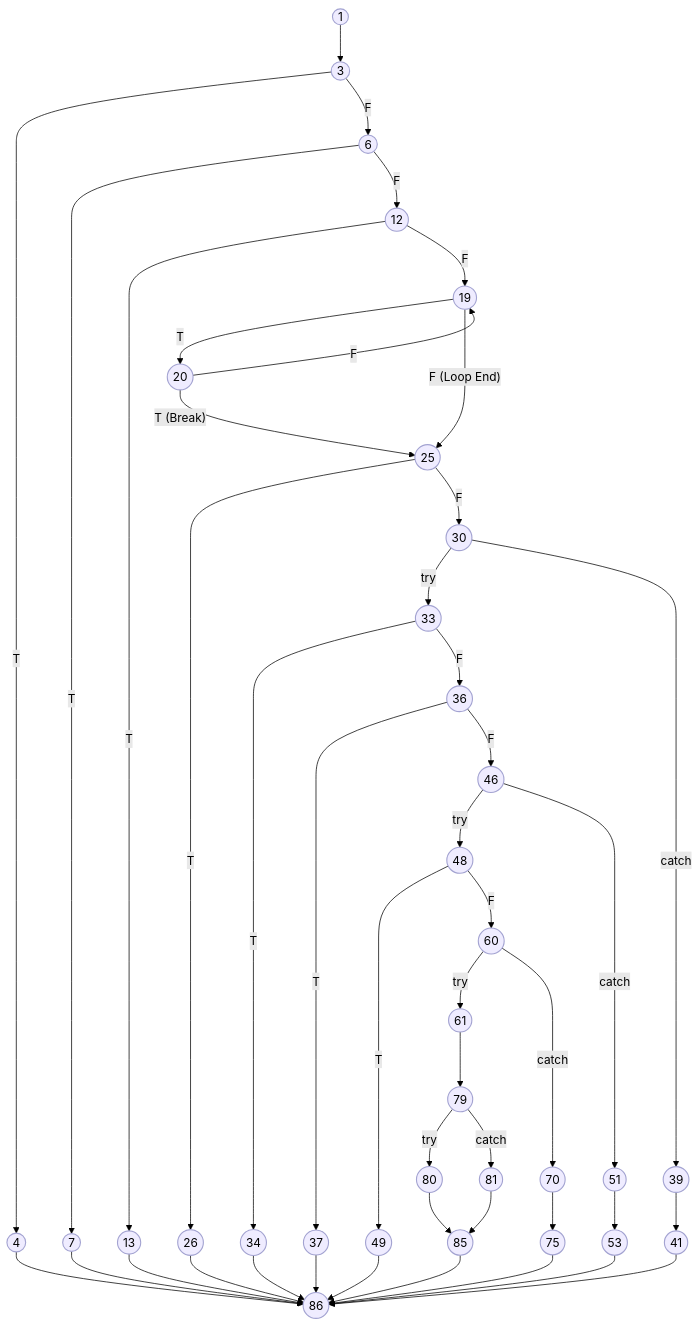
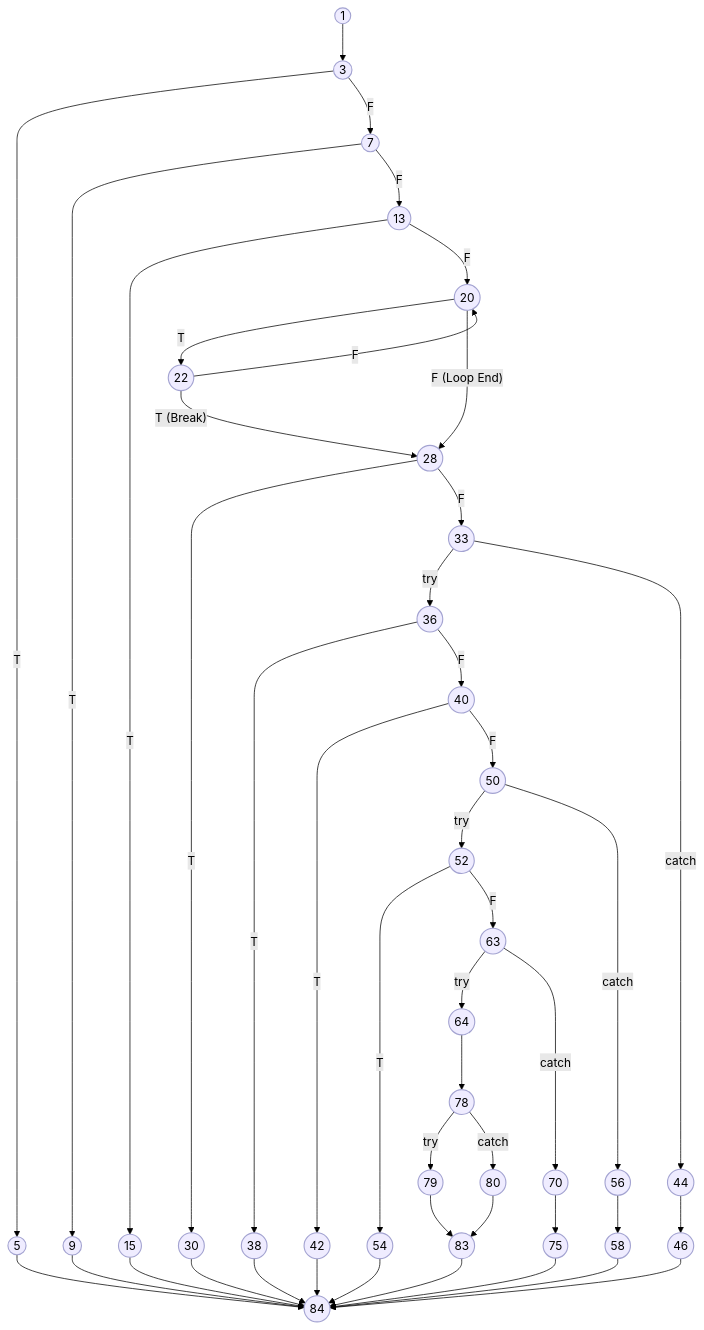
One commit to aryanhrc3428/Semester-5 changed the diagram in SE/ideathon/pseudocode/flowcharts/UC-05.mmd. Above: the diagram before and after it, drawn with Mermaid (forest theme). The commit also changed 48 other files, not shown here.

```diff
--- a/SE/ideathon/pseudocode/flowcharts/UC-05.mmd
+++ b/SE/ideathon/pseudocode/flowcharts/UC-05.mmd
@@ -1,68 +1,68 @@
 graph TD
     %% Base styling matching the reference CFG style
     classDef default fill:#efecff,stroke:#a3a3d1,stroke-width:1.5px,color:#000;
     
     1((1)) --> 3((3))
     
-    3 -- T --> 4((4))
-    3 -- F --> 6((6))
+    3 -- T --> 5((5))
+    3 -- F --> 7((7))
     
-    6 -- T --> 7((7))
-    6 -- F --> 12((12))
+    7 -- T --> 9((9))
+    7 -- F --> 13((13))
     
-    12 -- T --> 13((13))
-    12 -- F --> 19((19))
+    13 -- T --> 15((15))
+    13 -- F --> 20((20))
     
-    19 -- T --> 20((20))
-    19 -- F (Loop End) --> 25((25))
+    20 -- T --> 22((22))
+    20 -- F (Loop End) --> 28((28))
     
-    20 -- T (Break) --> 25
-    20 -- F --> 19
+    22 -- T (Break) --> 28
+    22 -- F --> 20
     
-    25 -- T --> 26((26))
-    25 -- F --> 30((30))
+    28 -- T --> 30((30))
+    28 -- F --> 33((33))
     
-    30 -- try --> 33((33))
-    30 -- catch --> 39((39))
+    33 -- try --> 36((36))
+    33 -- catch --> 44((44))
     
-    33 -- T --> 34((34))
-    33 -- F --> 36((36))
+    36 -- T --> 38((38))
+    36 -- F --> 40((40))
     
-    36 -- T --> 37((37))
-    36 -- F --> 46((46))
+    40 -- T --> 42((42))
+    40 -- F --> 50((50))
     
-    39 --> 41((41))
+    44 --> 46((46))
     
-    46 -- try --> 48((48))
-    46 -- catch --> 51((51))
+    50 -- try --> 52((52))
+    50 -- catch --> 56((56))
     
-    48 -- T --> 49((49))
-    48 -- F --> 60((60))
+    52 -- T --> 54((54))
+    52 -- F --> 63((63))
     
-    51 --> 53((53))
+    56 --> 58((58))
     
-    60 -- try --> 61((61))
-    60 -- catch --> 70((70))
+    63 -- try --> 64((64))
+    63 -- catch --> 70((70))
     
-    61 --> 79((79))
+    64 --> 78((78))
     
     70 --> 75((75))
     
-    79 -- try --> 80((80))
-    79 -- catch --> 81((81))
+    78 -- try --> 79((79))
+    78 -- catch --> 80((80))
     
-    80 --> 85((85))
-    81 --> 85
+    79 --> 83((83))
+    80 --> 83
     
     %% Terminal error returns and catches syncing to the final end node
-    4 --> 86((86))
-    7 --> 86
-    13 --> 86
-    26 --> 86
-    34 --> 86
-    37 --> 86
-    41 --> 86
-    49 --> 86
-    53 --> 86
-    75 --> 86
-    85 --> 86
+    5 --> 84((84))
+    9 --> 84
+    15 --> 84
+    30 --> 84
+    38 --> 84
+    42 --> 84
+    46 --> 84
+    54 --> 84
+    58 --> 84
+    75 --> 84
+    83 --> 84
```
